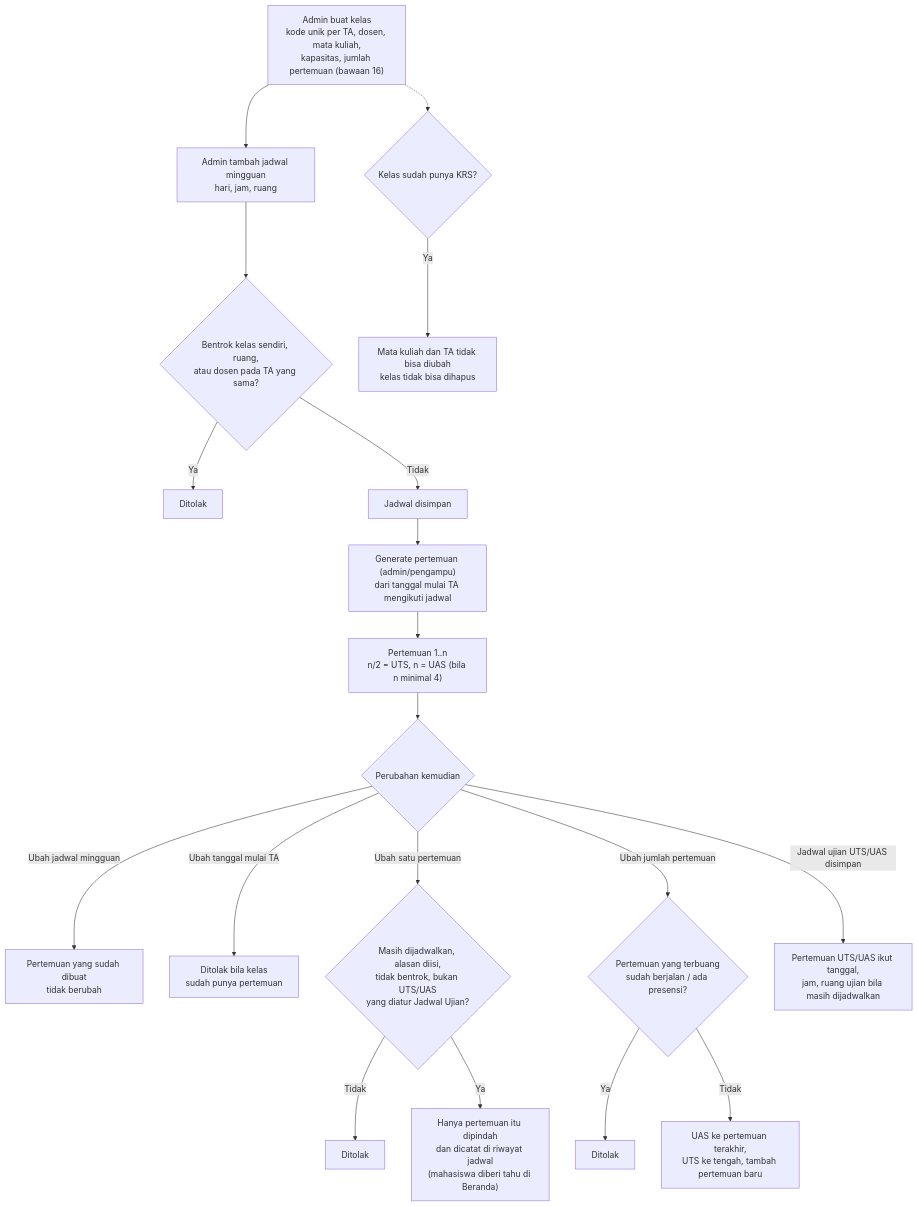
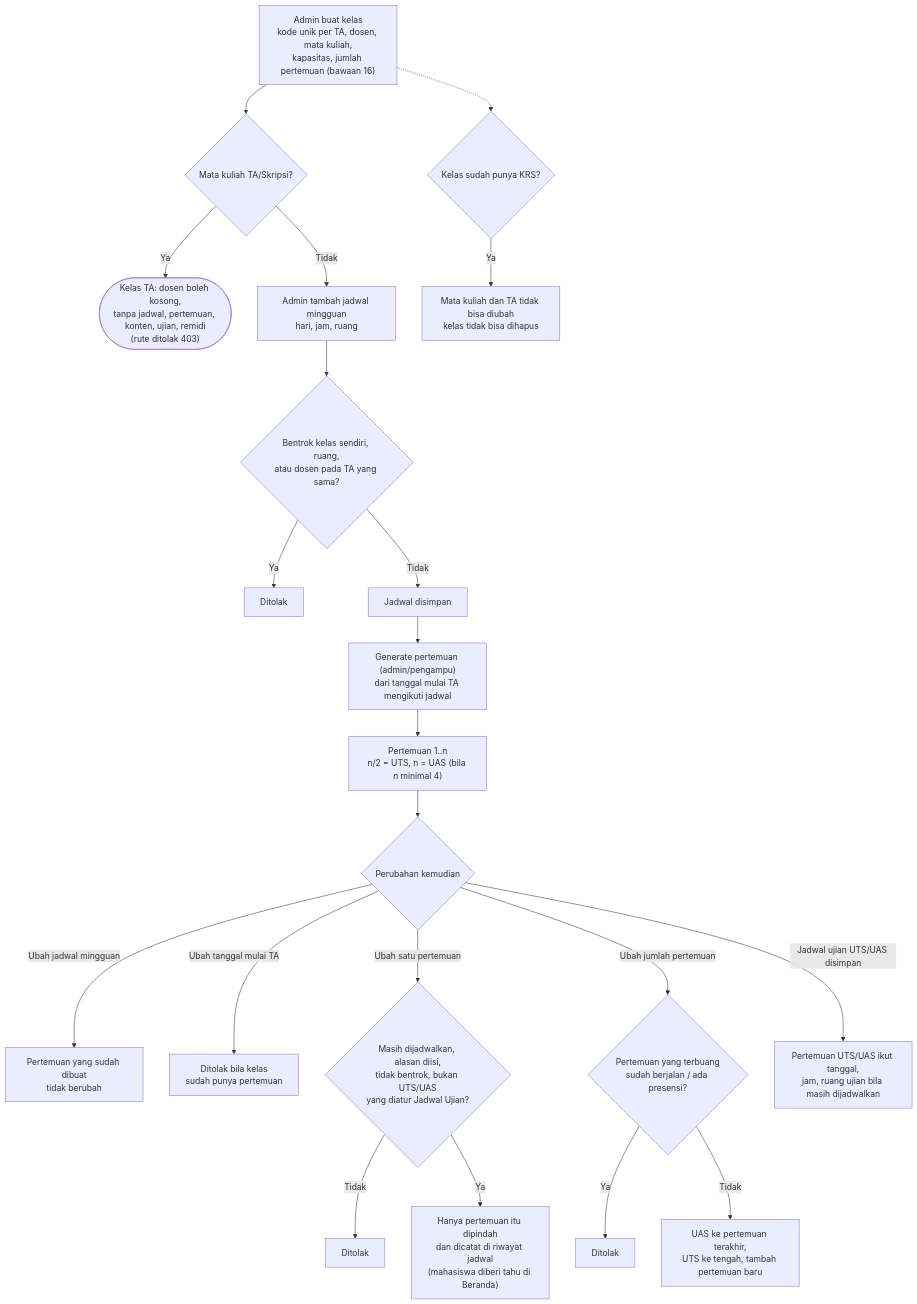
One commit to Velocity-Developer/sia-vd changed the eighth of 28 diagrams in docs/system-flowchart.md. Above: the diagram before and after it, drawn with Mermaid. The commit also changed other lines of this file and 4 other files, not shown here.

````diff
--- a/docs/system-flowchart.md
+++ b/docs/system-flowchart.md
@@ -287,21 +287,23 @@
 ```mermaid
 flowchart TD
-    A["Admin buat kelas<br/>kode unik per TA, dosen, mata kuliah,<br/>kapasitas, jumlah pertemuan (bawaan 16)"] --> B["Admin tambah jadwal mingguan<br/>hari, jam, ruang"]
+    A["Admin buat kelas<br/>kode unik per TA, dosen, mata kuliah,<br/>kapasitas, jumlah pertemuan (bawaan 16)"] --> T{"Mata kuliah TA/Skripsi?"}
+    T -- Ya --> T1(["Kelas TA: dosen boleh kosong,<br/>tanpa jadwal, pertemuan, konten, ujian, remidi<br/>(rute ditolak 403)"])
+    T -- Tidak --> B["Admin tambah jadwal mingguan<br/>hari, jam, ruang"]
     B --> C{"Bentrok kelas sendiri, ruang,<br/>atau dosen pada TA yang sama?"}
     C -- Ya --> C1["Ditolak"]
     C -- Tidak --> D["Jadwal disimpan"]
     D --> E["Generate pertemuan (admin/pengampu)<br/>dari tanggal mulai TA mengikuti jadwal"]
     E --> F["Pertemuan 1..n<br/>n/2 = UTS, n = UAS (bila n minimal 4)"]
     F --> G{"Perubahan kemudian"}
     G -- "Ubah jadwal mingguan" --> H0["Pertemuan yang sudah dibuat<br/>tidak berubah"]
     G -- "Ubah tanggal mulai TA" --> H1["Ditolak bila kelas<br/>sudah punya pertemuan"]
     G -- "Ubah satu pertemuan" --> H{"Masih dijadwalkan, alasan diisi,<br/>tidak bentrok, bukan UTS/UAS<br/>yang diatur Jadwal Ujian?"}
     H -- Tidak --> H2["Ditolak"]
     H -- Ya --> H3["Hanya pertemuan itu dipindah<br/>dan dicatat di riwayat jadwal<br/>(mahasiswa diberi tahu di Beranda)"]
     G -- "Ubah jumlah pertemuan" --> I{"Pertemuan yang terbuang<br/>sudah berjalan / ada presensi?"}
     I -- Ya --> I1["Ditolak"]
     I -- Tidak --> I2["UAS ke pertemuan terakhir,<br/>UTS ke tengah, tambah pertemuan baru"]
     G -- "Jadwal ujian UTS/UAS disimpan" --> J["Pertemuan UTS/UAS ikut tanggal,<br/>jam, ruang ujian bila masih dijadwalkan"]
     A -.-> K{"Kelas sudah punya KRS?"}
     K -- Ya --> K1["Mata kuliah dan TA tidak bisa diubah<br/>kelas tidak bisa dihapus"]
 ```
````
